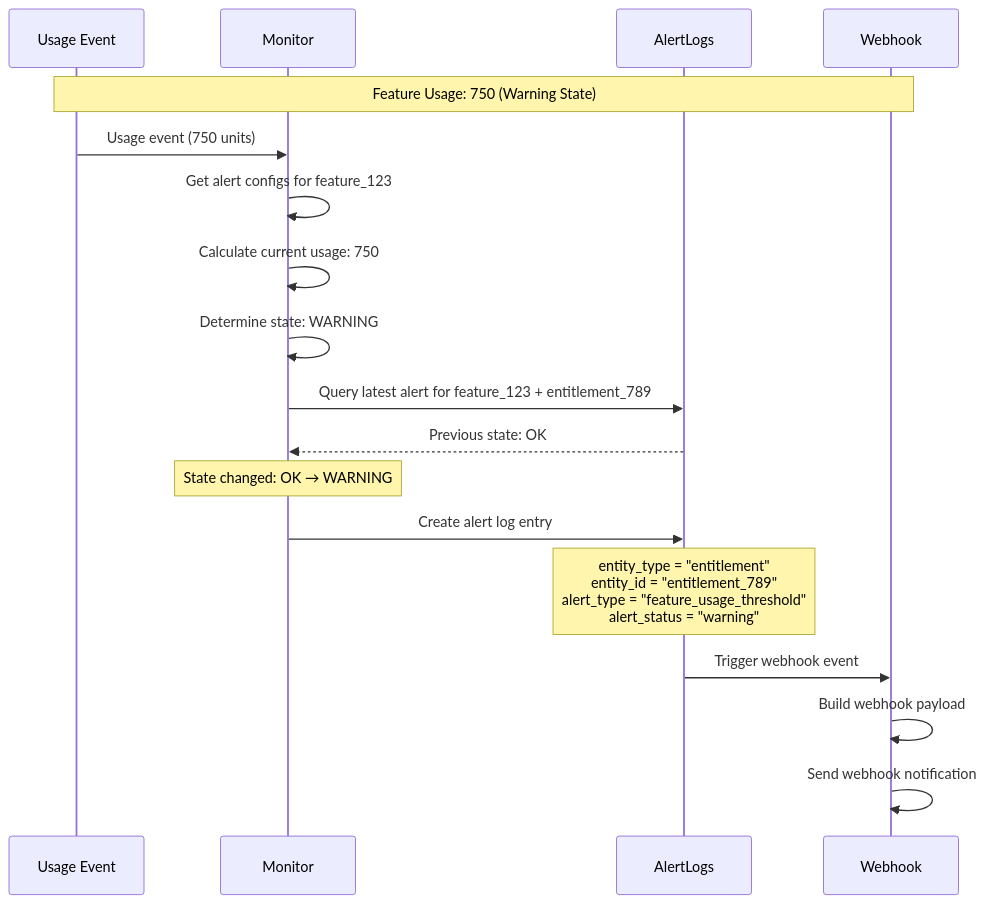
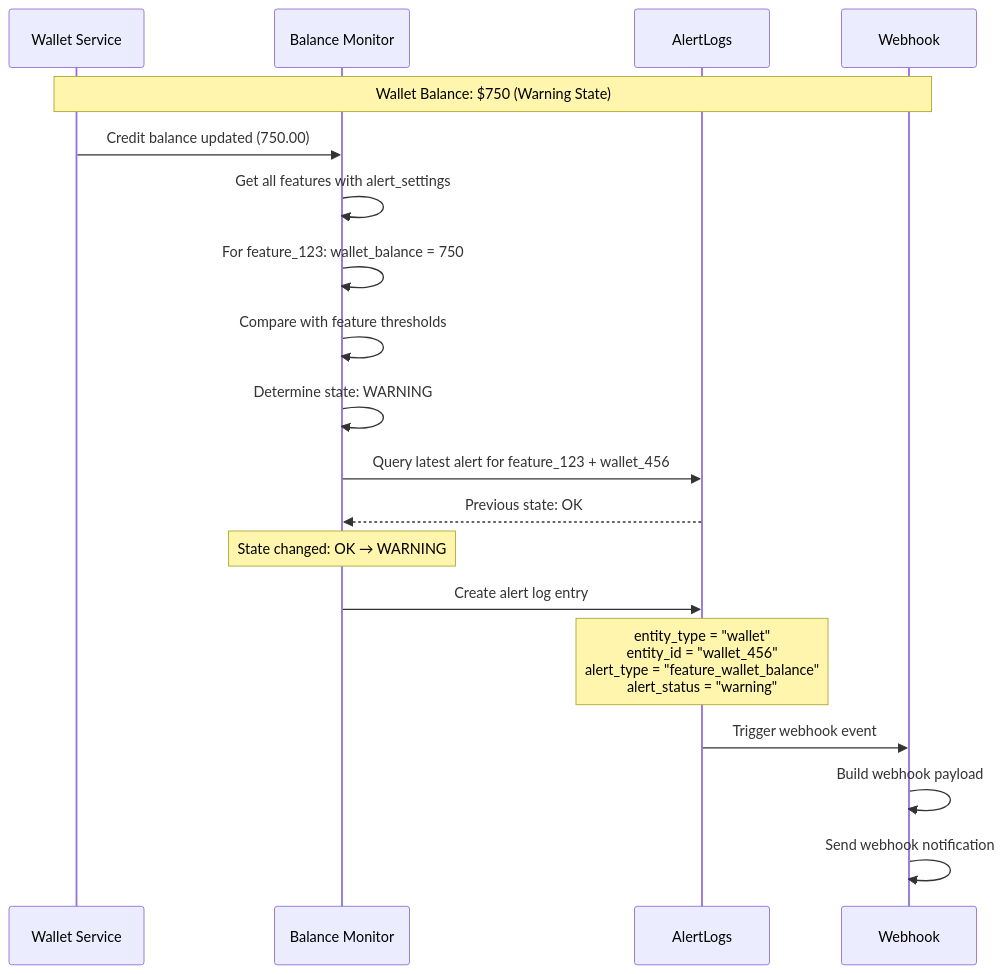
The seventh of 8 diagrams in docs/prds/sentinel_alert_engine.md (vidinfra/flexprice), drawn with Mermaid before and after one commit. The commit also changed other lines of this file, not shown here.

Commit message:
docs(prds): update the sentinel alert engine prd

````diff
--- a/docs/prds/sentinel_alert_engine.md
+++ b/docs/prds/sentinel_alert_engine.md
@@ -798,25 +772,26 @@
 ```mermaid
 sequenceDiagram
-    participant U as Usage Event
-    participant M as Monitor
+    participant WS as Wallet Service
+    participant M as Balance Monitor
     participant A as AlertLogs
     participant W as Webhook
     
-    Note over U,W: Feature Usage: 750 (Warning State)
+    Note over WS,W: Wallet Balance: $750 (Warning State)
     
-    U->>M: Usage event (750 units)
-    M->>M: Get alert configs for feature_123
-    M->>M: Calculate current usage: 750
+    WS->>M: Credit balance updated (750.00)
+    M->>M: Get all features with alert_settings
+    M->>M: For feature_123: wallet_balance = 750
+    M->>M: Compare with feature thresholds
     M->>M: Determine state: WARNING
-    M->>A: Query latest alert for feature_123 + entitlement_789
+    M->>A: Query latest alert for feature_123 + wallet_456
     A-->>M: Previous state: OK
     
     Note over M: State changed: OK → WARNING
     
     M->>A: Create alert log entry
-    Note over A: entity_type = "entitlement"<br/>entity_id = "entitlement_789"<br/>alert_type = "feature_usage_threshold"<br/>alert_status = "warning"
+    Note over A: entity_type = "wallet"<br/>entity_id = "wallet_456"<br/>alert_type = "feature_wallet_balance"<br/>alert_status = "warning"
     
     A->>W: Trigger webhook event
     W->>W: Build webhook payload
     W->>W: Send webhook notification
 ```
````
